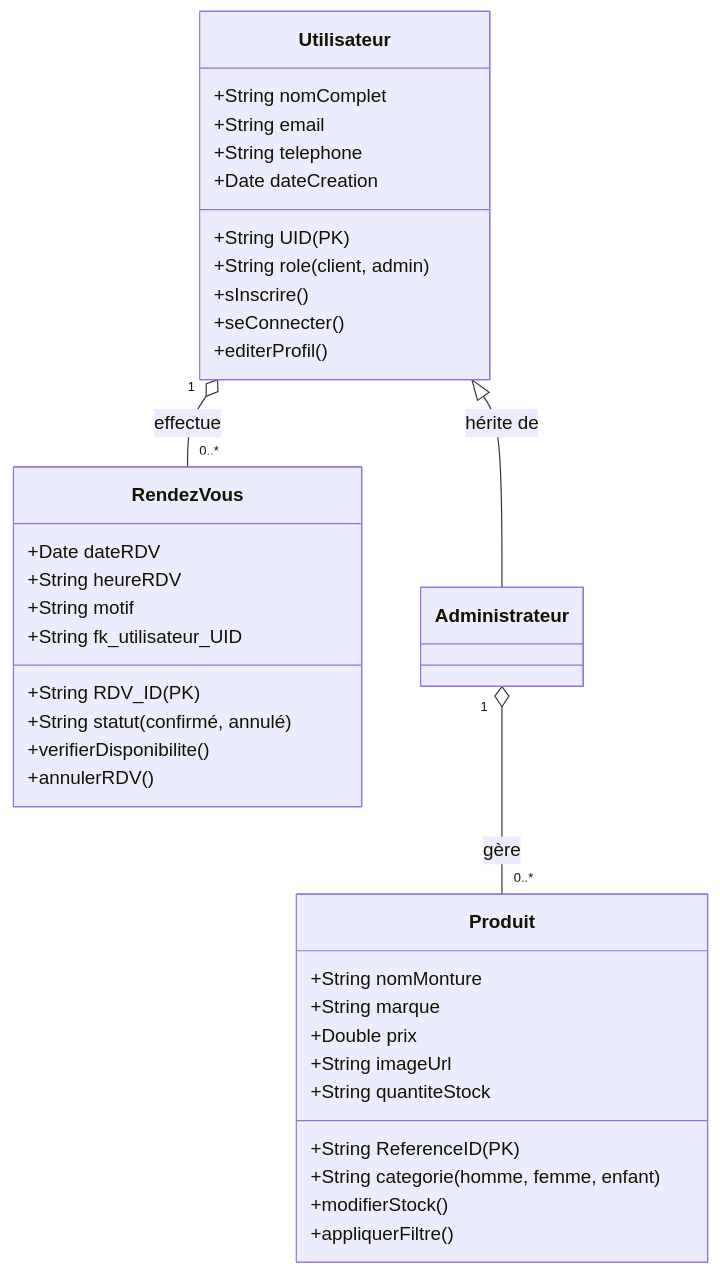
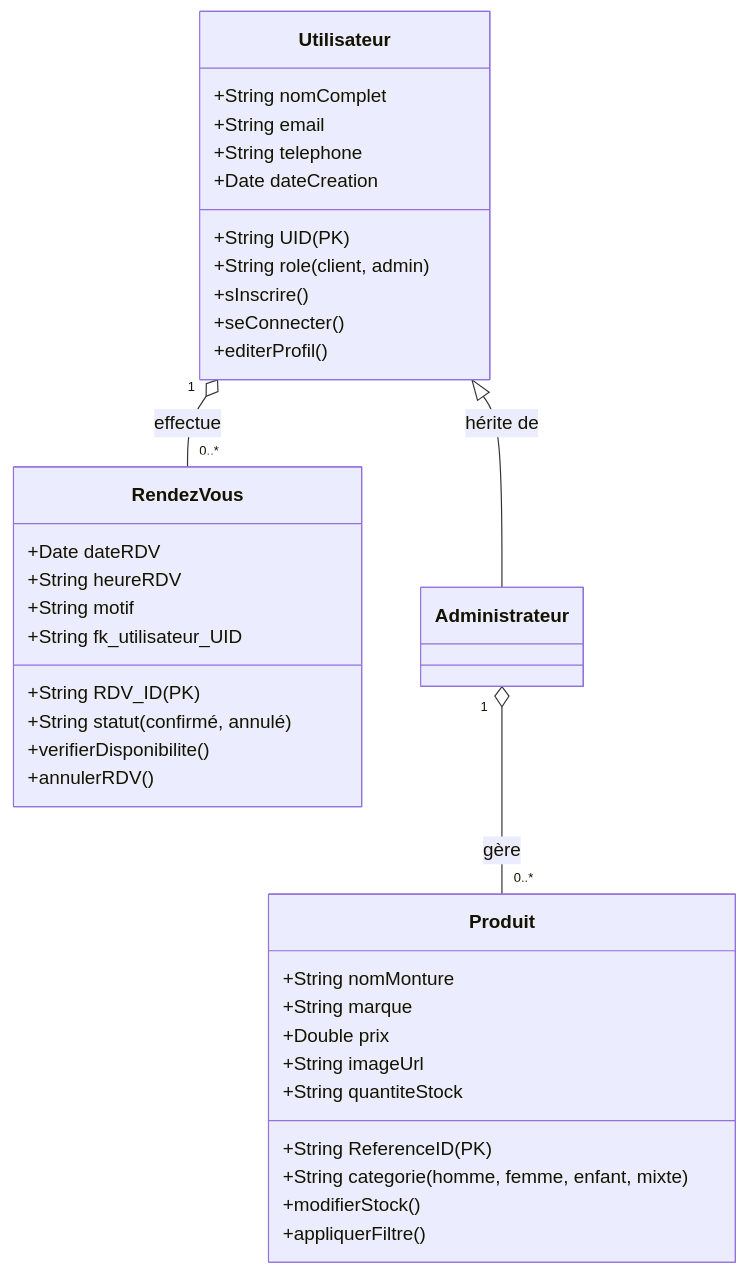
One commit to Midousy92/Barham_Optic changed the fourth of 4 diagrams in Memoire_Complet_Barham_Optic.md. Above: the diagram before and after it, drawn with Mermaid. The commit also changed other lines of this file, not shown here.

````diff
--- a/Memoire_Complet_Barham_Optic.md
+++ b/Memoire_Complet_Barham_Optic.md
@@ -262,41 +262,41 @@
 ```mermaid
 classDiagram
     class Utilisateur {
         +String UID (PK)
         +String nomComplet
         +String email
         +String telephone
         +String role (client, admin)
         +Date dateCreation
         +sInscrire()
         +seConnecter()
         +editerProfil()
     }
     
     class Produit {
         +String ReferenceID (PK)
         +String nomMonture
         +String marque
-        +String categorie (homme, femme, enfant)
+        +String categorie (homme, femme, enfant, mixte)
         +Double prix
         +String imageUrl
         +String quantiteStock
         +modifierStock()
         +appliquerFiltre()
     }
     
     class RendezVous {
         +String RDV_ID (PK)
         +Date dateRDV
         +String heureRDV
         +String motif
         +String statut (confirmé, annulé)
         +String fk_utilisateur_UID
         +verifierDisponibilite()
         +annulerRDV()
     }
 
     Utilisateur "1" o--  "0..*" RendezVous : effectue
     Administrateur "1" o-- "0..*" Produit : gère
     Utilisateur <|-- Administrateur : hérite de
 ```
````
